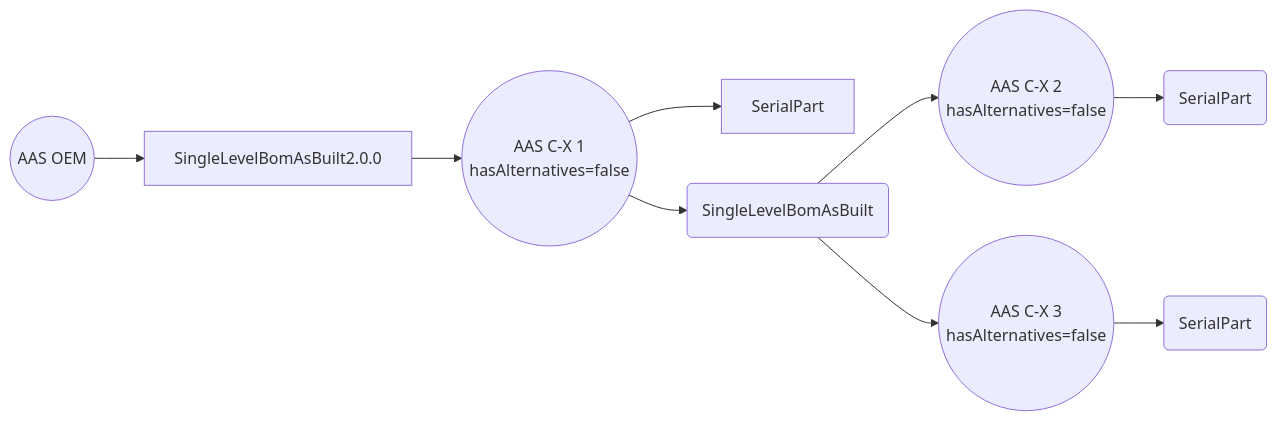
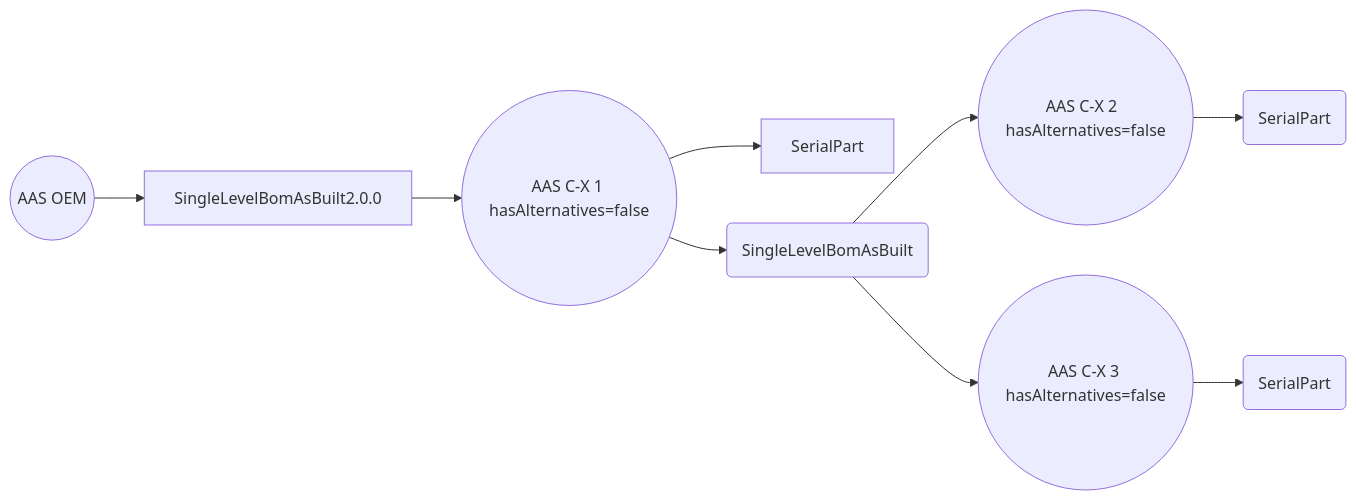
The first of 3 diagrams in docs/concept/#212-Update-of-aspect-model-SingleLevelBomAsBuilt-2_0_0/#212-Update-SingleLevelBomAsBuilt-2-0-0.md (catenax-ng/tx-item-relationship-service), drawn with Mermaid before and after one commit. The commit also changed other lines of this file, not shown here.

````diff
--- a/docs/concept/#212-Update-of-aspect-model-SingleLevelBomAsBuilt-2_0_0/#212-Update-SingleLevelBomAsBuilt-2-0-0.md
+++ b/docs/concept/#212-Update-of-aspect-model-SingleLevelBomAsBuilt-2_0_0/#212-Update-SingleLevelBomAsBuilt-2-0-0.md
@@ -87,16 +87,13 @@
 ```mermaid
 flowchart LR
-    s1((AAS C-X 1 
-        hasAlternatives=false))
+    s1((AAS C-X 1 hasAlternatives=false))
     SingleLevelBomAsBuilt[SingleLevelBomAsBuilt2.0.0]
     aas((AAS OEM)) --> 
     SingleLevelBomAsBuilt --> s1
     s1 --> SerialPart
     s1 --> SingleLevelBomAsBuilt2
-    SingleLevelBomAsBuilt2(SingleLevelBomAsBuilt) --> s4((AAS C-X 2
-        hasAlternatives=false))
+    SingleLevelBomAsBuilt2(SingleLevelBomAsBuilt) --> s4((AAS C-X 2  hasAlternatives=false))
     s4 --> SerialPart3(SerialPart)
-    SingleLevelBomAsBuilt2 --> s5((AAS C-X 3
-        hasAlternatives=false))
+    SingleLevelBomAsBuilt2 --> s5((AAS C-X 3 hasAlternatives=false))
     s5 --> SerialPart2(SerialPart)
 ```
````
